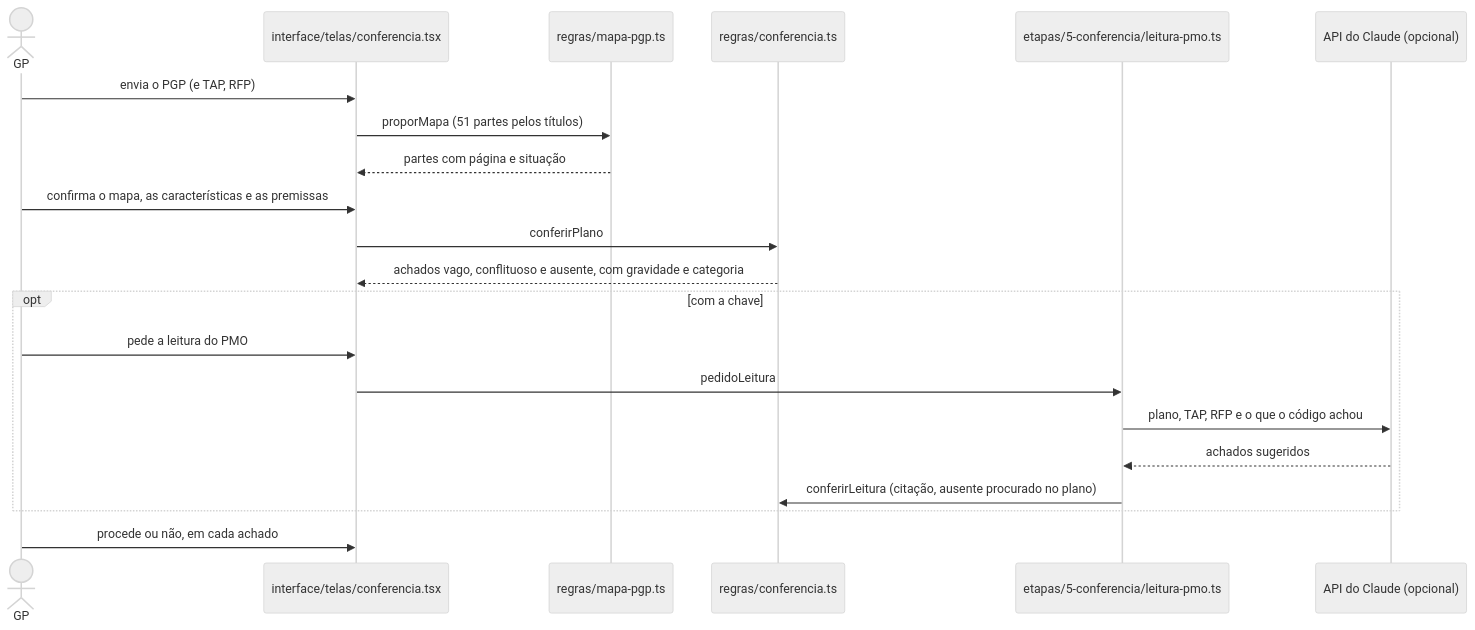
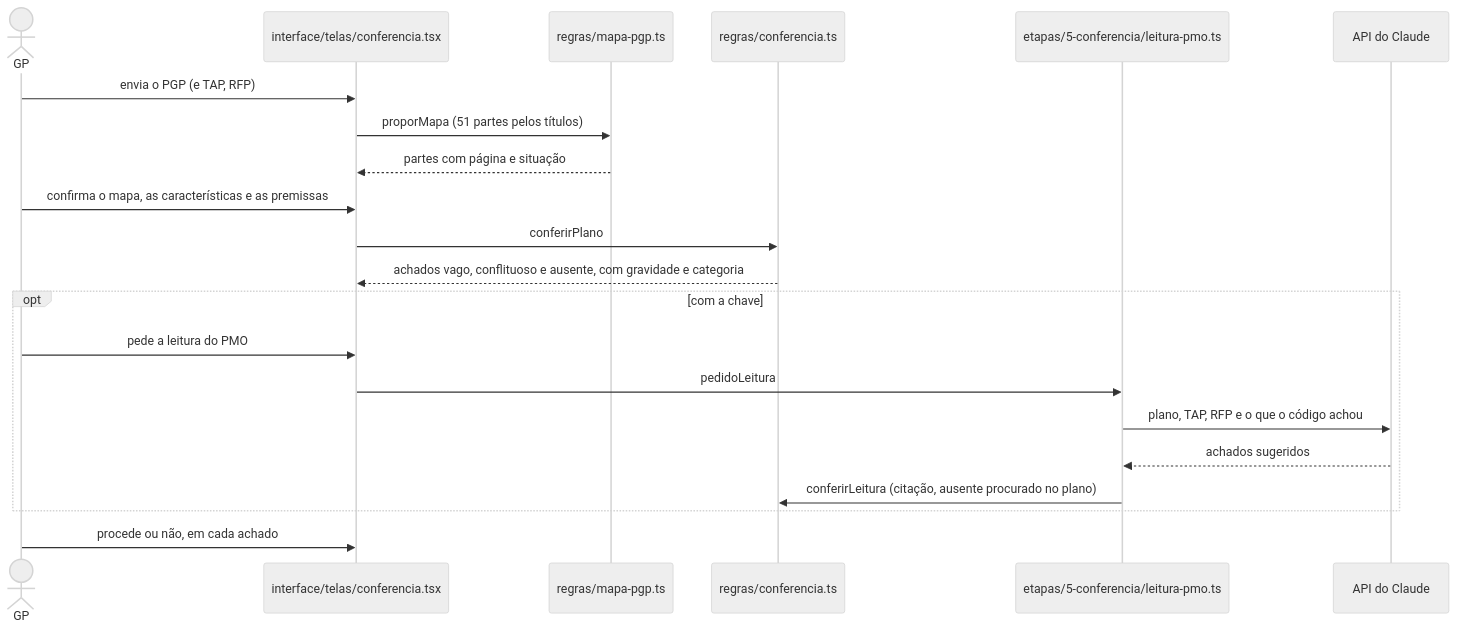
One commit to izacxll/raio-x-do-projeto changed the fourth of 5 diagrams in docs/tecnico/06-fluxos.md. Above: the diagram before and after it, drawn with Mermaid (neutral theme). The commit also changed other lines of this file and 22 other files, not shown here.

````diff
--- a/docs/tecnico/06-fluxos.md
+++ b/docs/tecnico/06-fluxos.md
@@ -91,23 +98,23 @@
 ```mermaid
 sequenceDiagram
   actor GP
   participant Tela as interface/telas/conferencia.tsx
   participant Mapa as regras/mapa-pgp.ts
   participant Conf as regras/conferencia.ts
   participant Leit as etapas/5-conferencia/leitura-pmo.ts
-  participant API as API do Claude (opcional)
+  participant API as API do Claude
   GP->>Tela: envia o PGP (e TAP, RFP)
   Tela->>Mapa: proporMapa (51 partes pelos títulos)
   Mapa-->>Tela: partes com página e situação
   GP->>Tela: confirma o mapa, as características e as premissas
   Tela->>Conf: conferirPlano
   Conf-->>Tela: achados vago, conflituoso e ausente, com gravidade e categoria
   opt com a chave
     GP->>Tela: pede a leitura do PMO
     Tela->>Leit: pedidoLeitura
     Leit->>API: plano, TAP, RFP e o que o código achou
     API-->>Leit: achados sugeridos
     Leit->>Conf: conferirLeitura (citação, ausente procurado no plano)
   end
   GP->>Tela: procede ou não, em cada achado
 ```
````
